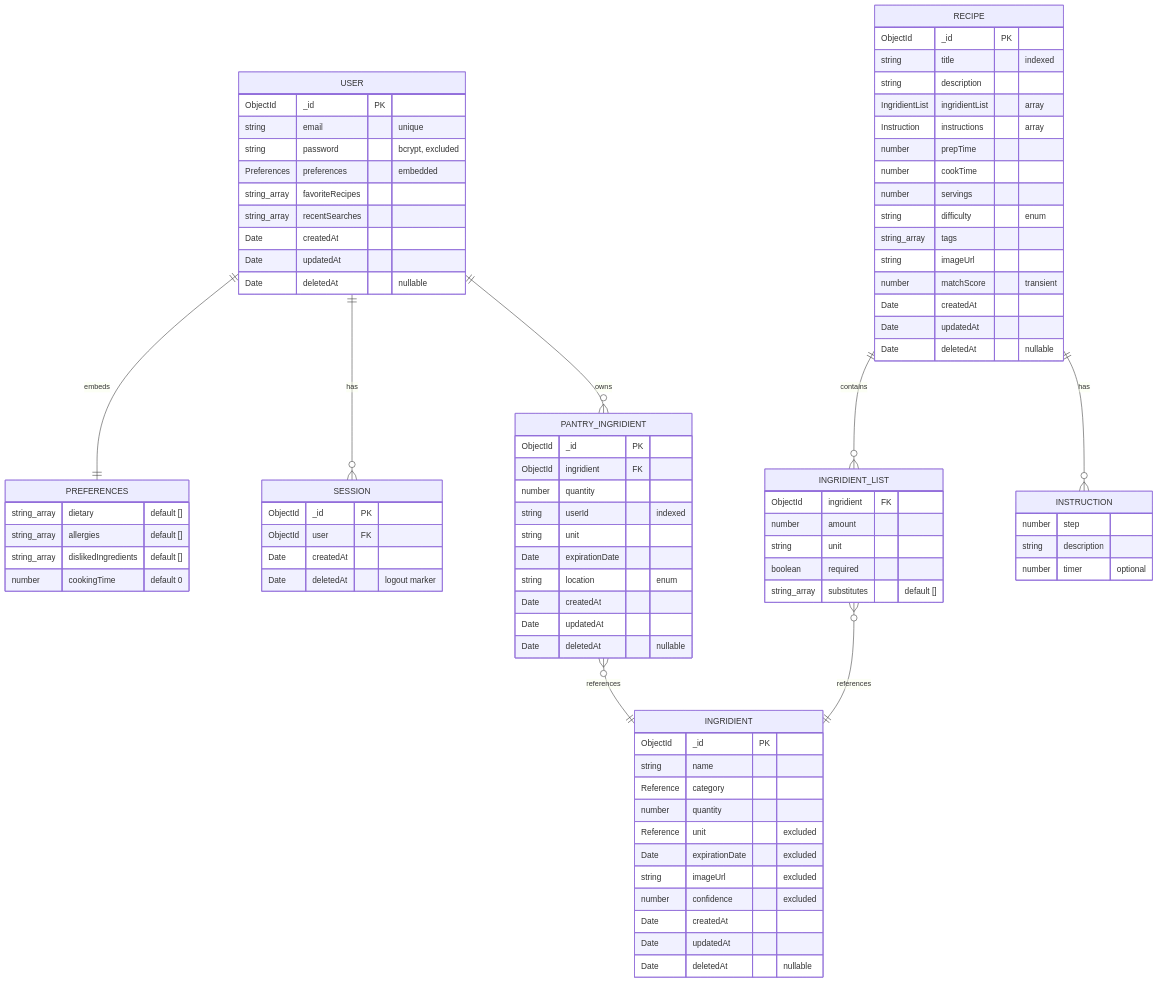
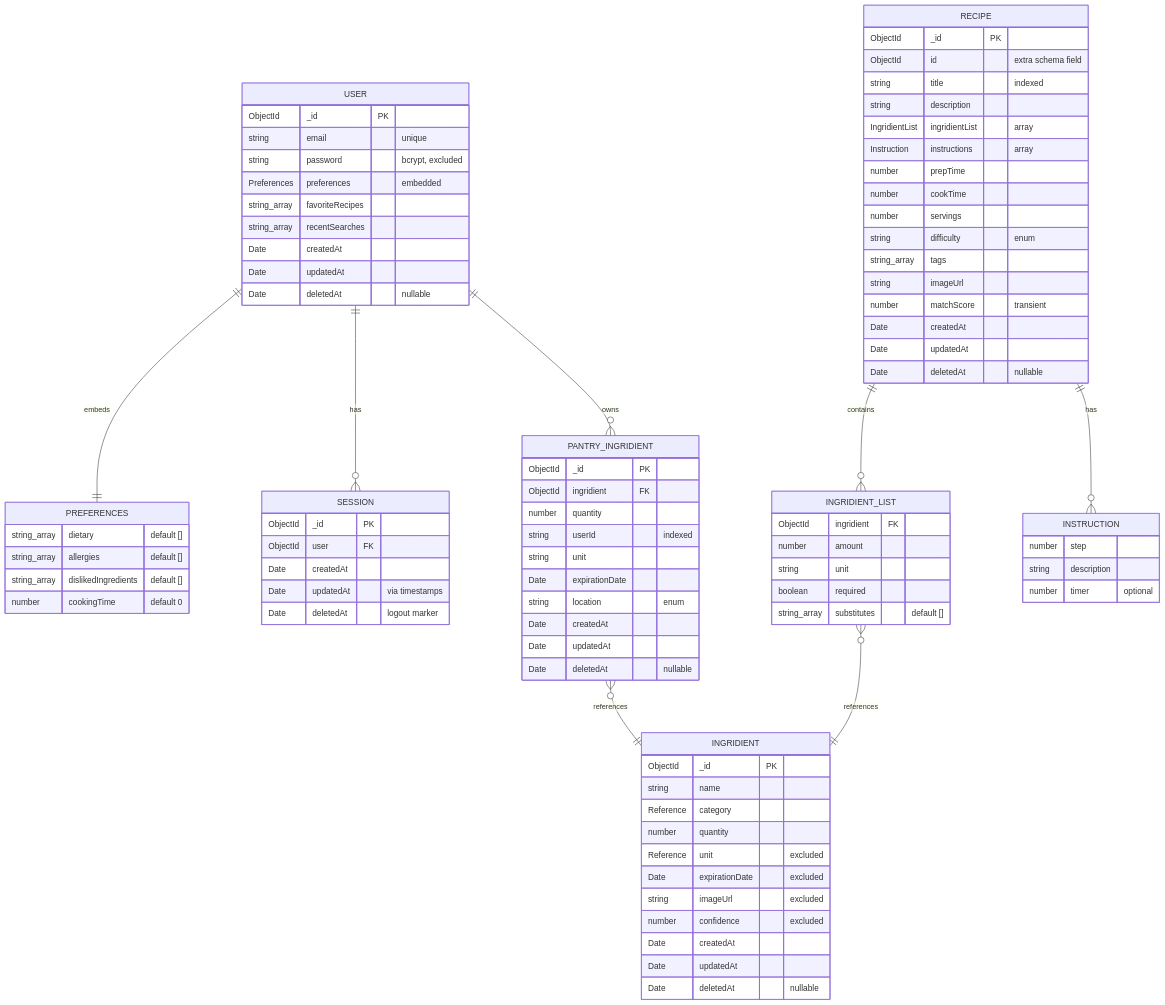
The diagram in DATA_MODEL.md (blitzy-public-samples/pantry-chef-traditional), drawn with Mermaid before and after one commit. The commit also changed other lines of this file and 12 other files, not shown here.

```diff
--- a/DATA_MODEL.md
+++ b/DATA_MODEL.md
@@ -81,6 +81,7 @@
         ObjectId _id PK
         ObjectId user FK
         Date createdAt
+        Date updatedAt "via timestamps"
         Date deletedAt "logout marker"
     }
     INGRIDIENT {
@@ -110,6 +111,7 @@
     }
     RECIPE {
         ObjectId _id PK
+        ObjectId id "extra schema field"
         string title "indexed"
         string description
         IngridientList ingridientList "array"
```
